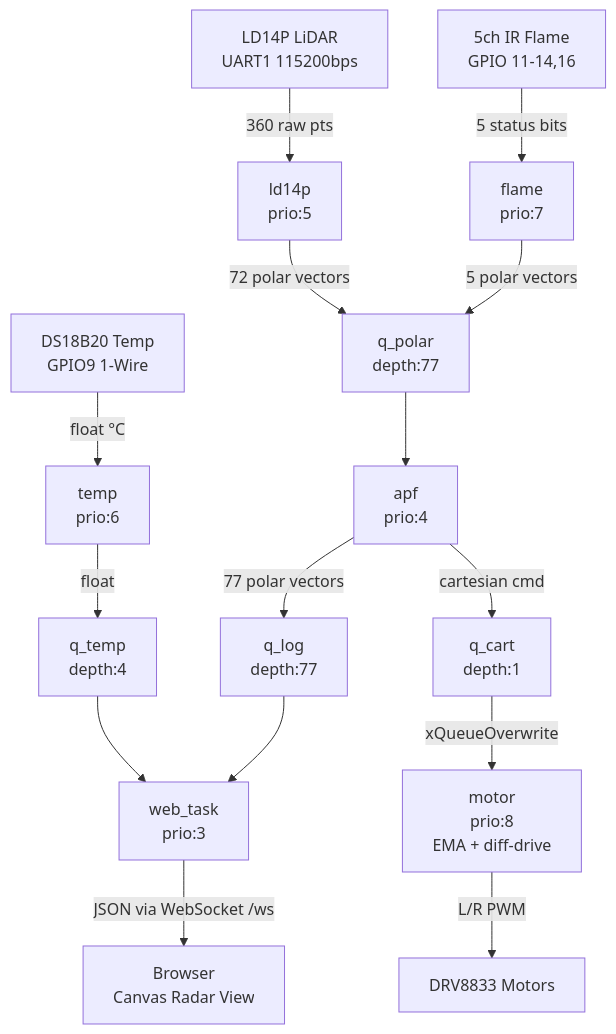
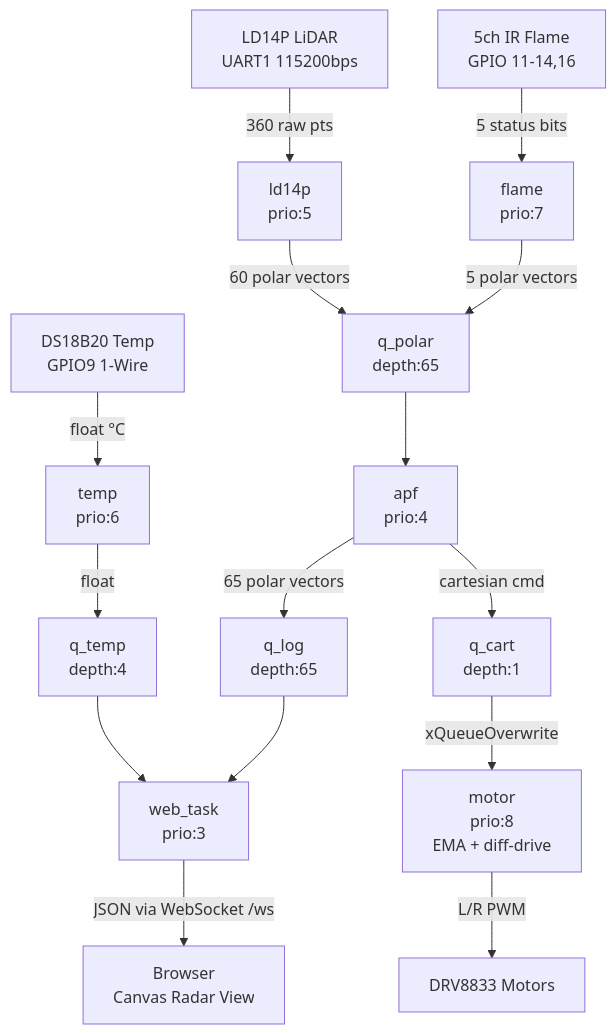
One commit to axwhizee/TARS changed the diagram in README.md. Above: the diagram before and after it, drawn with Mermaid. The commit also changed other lines of this file and 14 other files, not shown here.

````diff
--- a/README.md
+++ b/README.md
@@ -85,22 +85,22 @@
 ```mermaid
 graph TD
     LD14P[LD14P LiDAR<br/>UART1 115200bps] -->|360 raw pts| LIDAR[ld14p<br/>prio:5]
     FLAME[5ch IR Flame<br/>GPIO 11-14,16] -->|5 status bits| FL_TASK[flame<br/>prio:7]
     DS18B20[DS18B20 Temp<br/>GPIO9 1-Wire] -->|float °C| TEMP[temp<br/>prio:6]
 
-    LIDAR -->|72 polar vectors| QP[q_polar<br/>depth:77]
+    LIDAR -->|60 polar vectors| QP[q_polar<br/>depth:65]
     FL_TASK -->|5 polar vectors| QP
     TEMP -->|float| QT[q_temp<br/>depth:4]
 
     QP --> APF[apf<br/>prio:4]
-    APF -->|77 polar vectors| QL[q_log<br/>depth:77]
+    APF -->|65 polar vectors| QL[q_log<br/>depth:65]
     APF -->|cartesian cmd| QC[q_cart<br/>depth:1]
 
     QL --> WEB[web_task<br/>prio:3]
     QT --> WEB
 
     WEB -->|JSON via WebSocket /ws| BROWSER[Browser<br/>Canvas Radar View]
     QC -->|xQueueOverwrite| MOTOR[motor<br/>prio:8<br/>EMA + diff-drive]
 
     MOTOR -->|L/R PWM| DRV[DRV8833 Motors]
 ```
````
